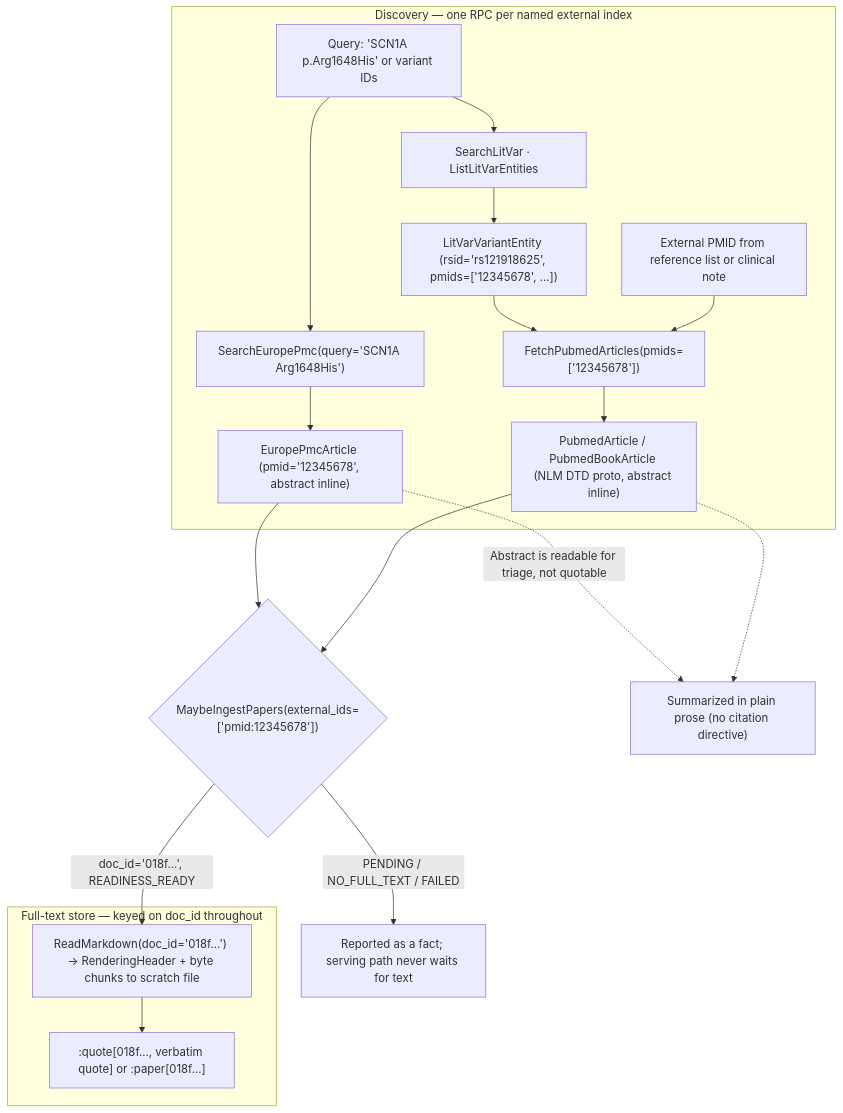
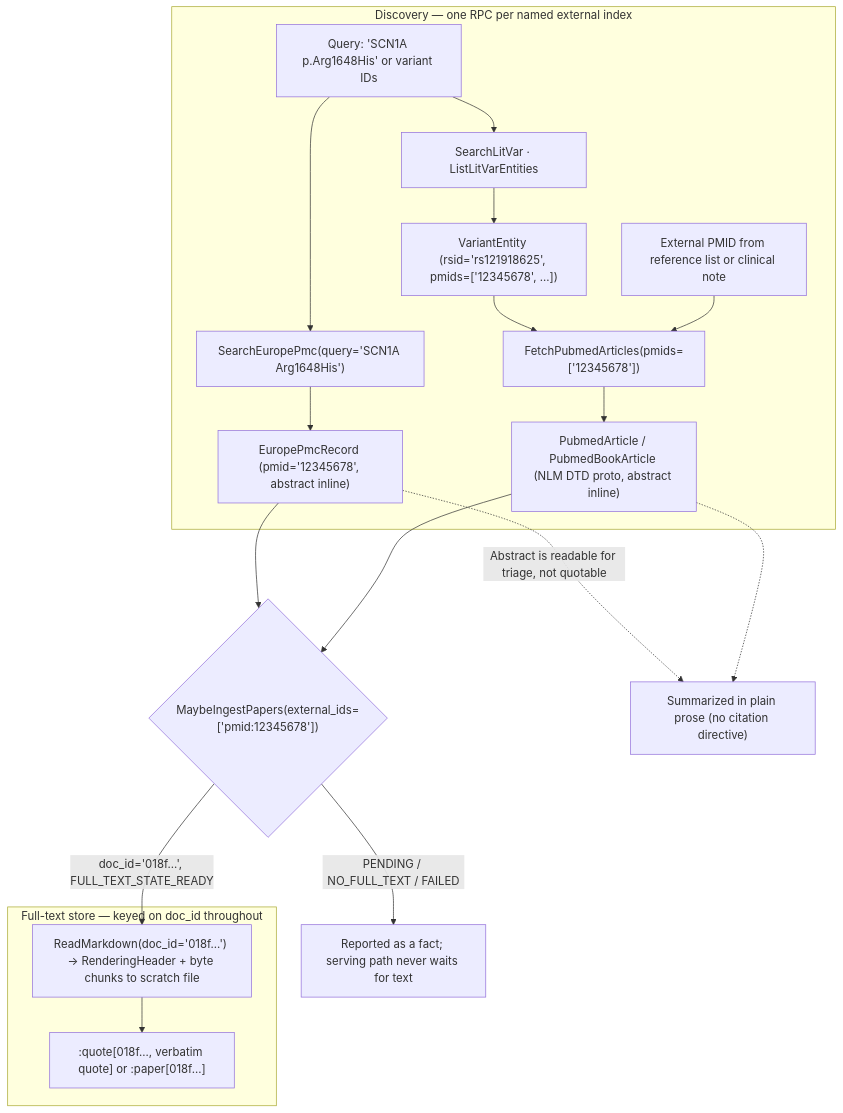
Before and after one commit to populationgenomics/themis: the diagram in docs/design/literature-evidence-layer.md, drawn with Mermaid. The commit also changed other lines of this file and 3 other files, not shown here.

````diff
--- a/docs/design/literature-evidence-layer.md
+++ b/docs/design/literature-evidence-layer.md
@@ -133,21 +133,21 @@
 ```mermaid
 flowchart TD
     subgraph discovery["Discovery — one RPC per named external index"]
         Q["Query: 'SCN1A p.Arg1648His' or variant IDs"] --> S["SearchEuropePmc(query='SCN1A Arg1648His')"]
         Q --> V["SearchLitVar · ListLitVarEntities"]
-        S --> E["EuropePmcArticle (pmid='12345678', abstract inline)"]
-        V --> PMIDS["LitVarVariantEntity (rsid='rs121918625', pmids=['12345678', ...])"]
+        S --> E["EuropePmcRecord (pmid='12345678', abstract inline)"]
+        V --> PMIDS["VariantEntity (rsid='rs121918625', pmids=['12345678', ...])"]
         PMIDS --> F["FetchPubmedArticles(pmids=['12345678'])"]
         H["External PMID from reference list or clinical note"] --> F
         F --> E2["PubmedArticle / PubmedBookArticle (NLM DTD proto, abstract inline)"]
     end
     subgraph store["Full-text store — keyed on doc_id throughout"]
         M["ReadMarkdown(doc_id='018f...') -> RenderingHeader + byte chunks to scratch file"] --> C[":quote[018f..., verbatim quote] or :paper[018f...]"]
     end
     E --> DOOR{"MaybeIngestPapers(external_ids=['pmid:12345678'])"}
     E2 --> DOOR
-    DOOR -->|"doc_id='018f...', READINESS_READY"| M
+    DOOR -->|"doc_id='018f...', FULL_TEXT_STATE_READY"| M
     DOOR -->|"PENDING / NO_FULL_TEXT / FAILED"| N["Reported as a fact; serving path never waits for text"]
     E -.->|"Abstract is readable for triage, not quotable"| P["Summarized in plain prose (no citation directive)"]
     E2 -.-> P
 ```
````
